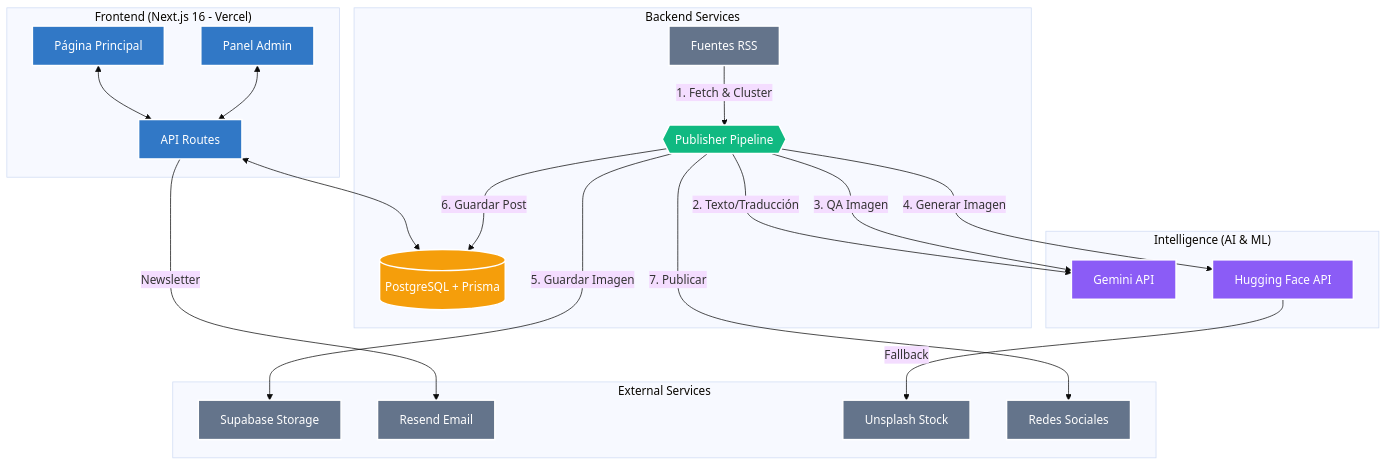
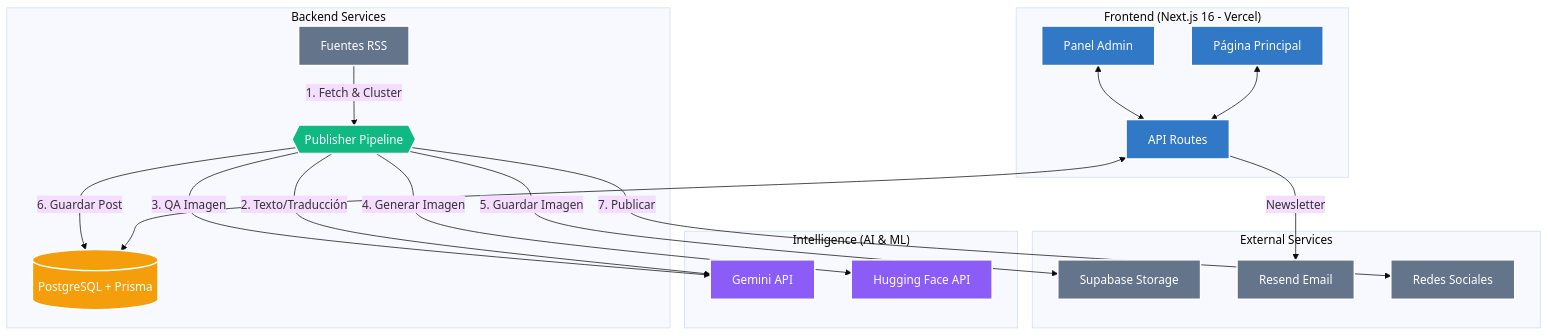
One commit to CarlosEmerito/EmeDotEme changed the diagram in docs/01 - Arquitectura.md. Above: the diagram before and after it, drawn with Mermaid (base theme). The commit also changed other lines of this file and 8 other files, not shown here.

````diff
--- a/docs/01 - Arquitectura.md
+++ b/docs/01 - Arquitectura.md
@@ -9,49 +9,47 @@
 ```mermaid
 graph TB
     %% Definición de estilos
     classDef frontend fill:#3178c6,stroke:#fff,stroke-width:2px,color:#fff;
     classDef backend fill:#10b981,stroke:#fff,stroke-width:2px,color:#fff;
     classDef ai fill:#8b5cf6,stroke:#fff,stroke-width:2px,color:#fff;
     classDef db fill:#f59e0b,stroke:#fff,stroke-width:2px,color:#fff;
     classDef external fill:#64748b,stroke:#fff,stroke-width:2px,color:#fff;
 
     subgraph "Frontend (Next.js 16 - Vercel)"
         UI[Página Principal]:::frontend
         Admin[Panel Admin]:::frontend
         API[API Routes]:::frontend
     end
 
     subgraph "Backend Services"
         DB[(PostgreSQL + Prisma)]:::db
         Pipeline{{"Publisher Pipeline"}}:::backend
         RSS[Fuentes RSS]:::external
     end
 
     subgraph "Intelligence (AI & ML)"
         Gemini[Gemini API]:::ai
         HF[Hugging Face API]:::ai
     end
 
     subgraph "External Services"
         Supa[Supabase Storage]:::external
         Resend[Resend Email]:::external
-        Stock[Unsplash Stock]:::external
         Social[Redes Sociales]:::external
     end
 
     %% Data Flow
     UI <--> API
     Admin <--> API
     API <--> DB
     
     %% Pipeline Flow
     RSS -- "1. Fetch & Cluster" --> Pipeline
     Pipeline -- "2. Texto/Traducción" --> Gemini
     Pipeline -- "3. QA Imagen" --> Gemini
     Pipeline -- "4. Generar Imagen" --> HF
-    HF -- "Fallback" --> Stock
     Pipeline -- "5. Guardar Imagen" --> Supa
     Pipeline -- "6. Guardar Post" --> DB
     Pipeline -- "7. Publicar" --> Social
     API -- "Newsletter" --> Resend
 ```
````
